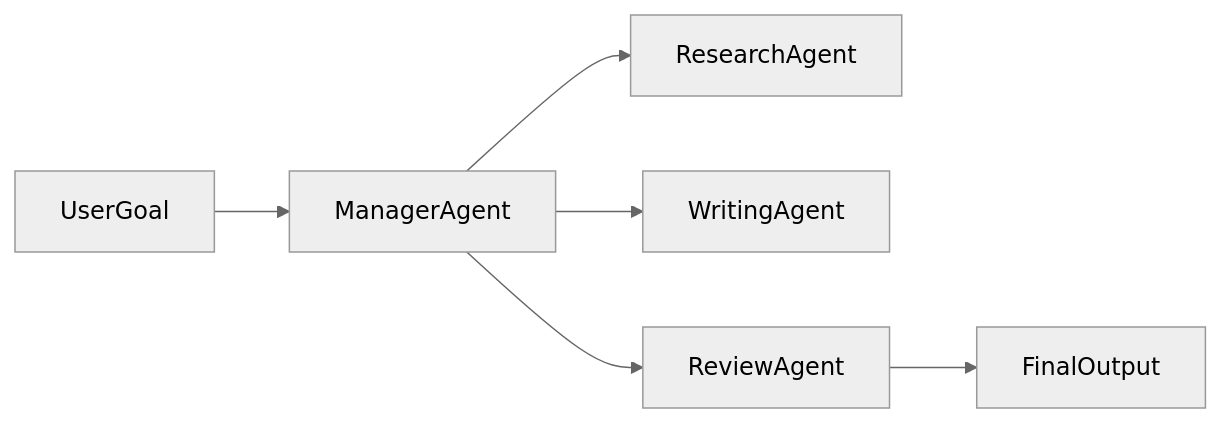
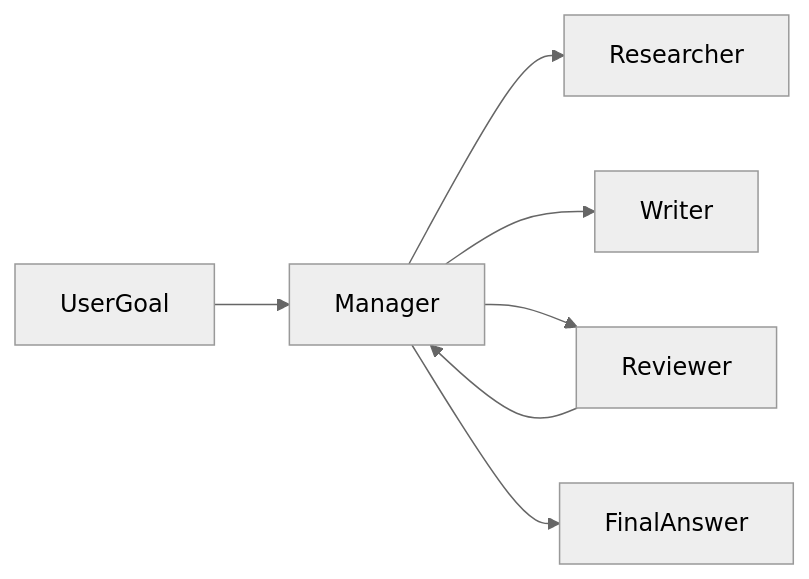
Before and after one commit to Asabeneh/30-Days-Of-AI-Engineering: the third of 6 diagrams in day_24/day_24_multi_agent_systems.md, drawn with Mermaid (neutral theme). The commit also changed other lines of this file and 22 other files, not shown here.

````diff
--- a/day_24/day_24_multi_agent_systems.md
+++ b/day_24/day_24_multi_agent_systems.md
@@ -25,8 +133,9 @@
 ```mermaid
 graph LR
-    UserGoal --> ManagerAgent
-    ManagerAgent --> ResearchAgent
-    ManagerAgent --> WritingAgent
-    ManagerAgent --> ReviewAgent
-    ReviewAgent --> FinalOutput
+        UserGoal --> Manager
+        Manager --> Researcher
+        Manager --> Writer
+        Manager --> Reviewer
+        Reviewer --> Manager
+        Manager --> FinalAnswer
 ```
````
